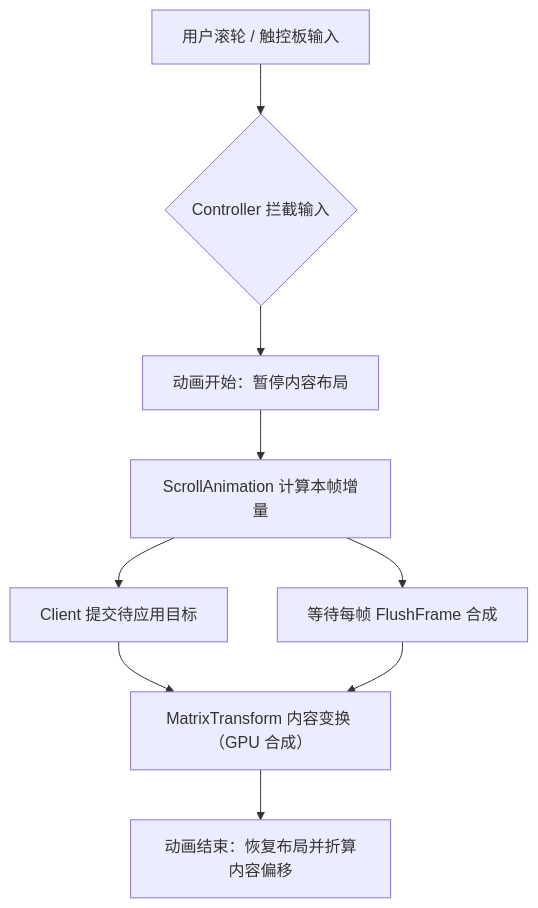
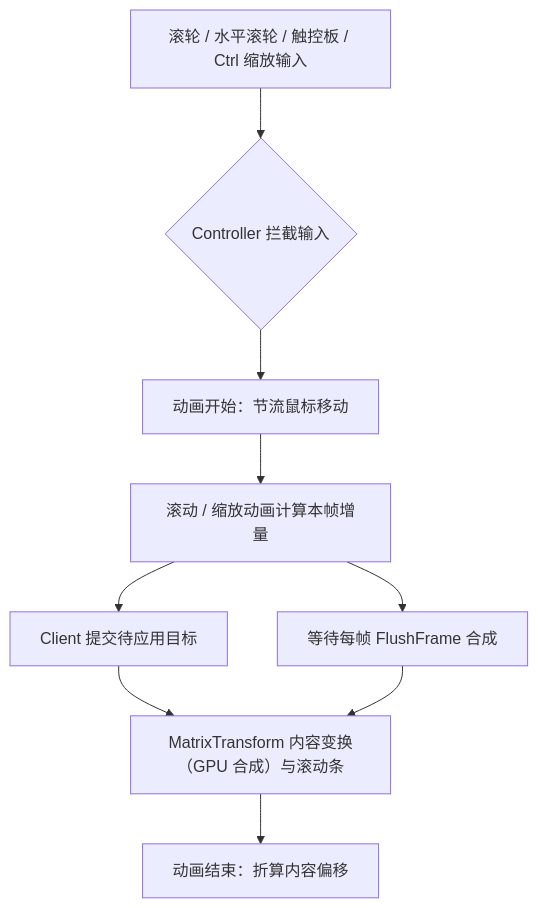
Before and after one commit to Roshaless/Zen.Scroll: the diagram in README.md, drawn with Mermaid. The commit also changed other lines of this file, not shown here.

````diff
--- a/README.md
+++ b/README.md
@@ -123,12 +124,12 @@
 ```mermaid
 graph TD
-    A[用户滚轮 / 触控板输入] --> B{Controller 拦截输入}
-    B --> G[动画开始：暂停内容布局]
-    G --> C[ScrollAnimation 计算本帧增量]
+    A[滚轮 / 水平滚轮 / 触控板 / Ctrl 缩放输入] --> B{Controller 拦截输入}
+    B --> G[动画开始：节流鼠标移动]
+    G --> C[滚动 / 缩放动画计算本帧增量]
     C --> D[Client 提交待应用目标]
     C --> E[等待每帧 FlushFrame 合成]
-    D --> F[ MatrixTransform 内容变换 （GPU 合成） ]
+    D --> F[ MatrixTransform 内容变换（GPU 合成）与滚动条 ]
     E --> F
-    F --> H[动画结束：恢复布局并折算内容偏移]
+    F --> H[动画结束：折算内容偏移]
 
 ```
````
